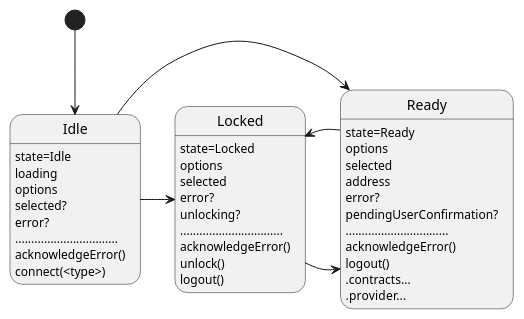
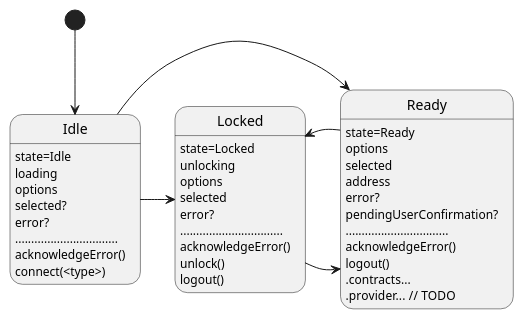
Before and after one commit to wighawag/web3w: the diagram in documentation/diagrams/wallet.wsd, drawn with PlantUML. The commit also changed 8 other files, not shown here.

```diff
--- a/documentation/diagrams/wallet.wsd
+++ b/documentation/diagrams/wallet.wsd
@@ -1,37 +1,37 @@
 @startuml
 Idle: state=Idle
 Idle: loading
 Idle: options
 Idle: selected?
 Idle: error?
 Idle: ................................
 Idle: acknowledgeError()
 Idle: connect(<type>)
 Locked: state=Locked
+Locked: unlocking
 Locked: options
 Locked: selected
 Locked: error?
-Locked: unlocking?
 Locked: ................................
 Locked: acknowledgeError()
 Locked: unlock()
 Locked: logout()
 Ready: state=Ready
 Ready: options
 Ready: selected
 Ready: address
 Ready: error?
 Ready: pendingUserConfirmation?
 Ready: ................................
 Ready: acknowledgeError()
 Ready: logout()
 Ready: .contracts...
-Ready: .provider...
+Ready: .provider... // TODO
 
 
 [*] --> Idle
 Idle -> Locked
 Idle -> Ready
 Locked -> Ready
 Ready -> Locked
 @enduml
```
